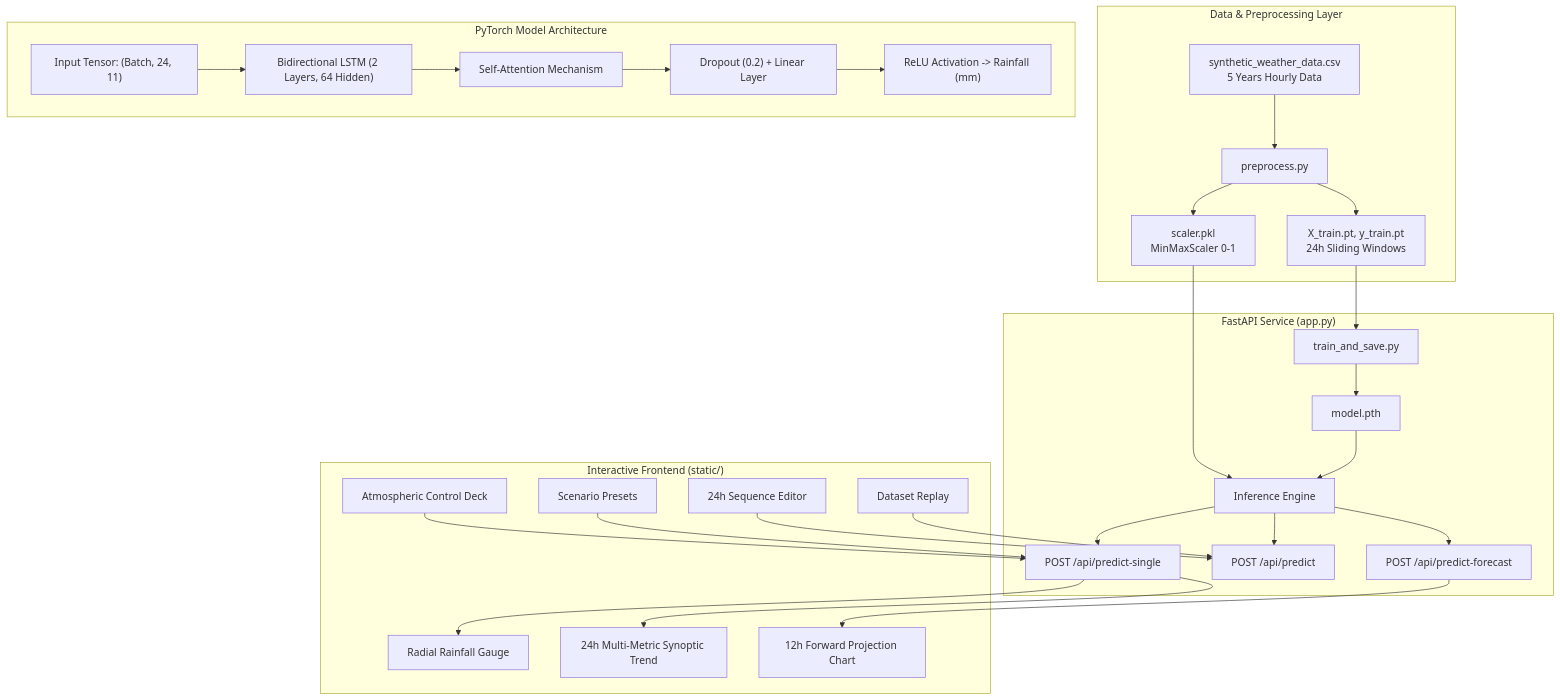
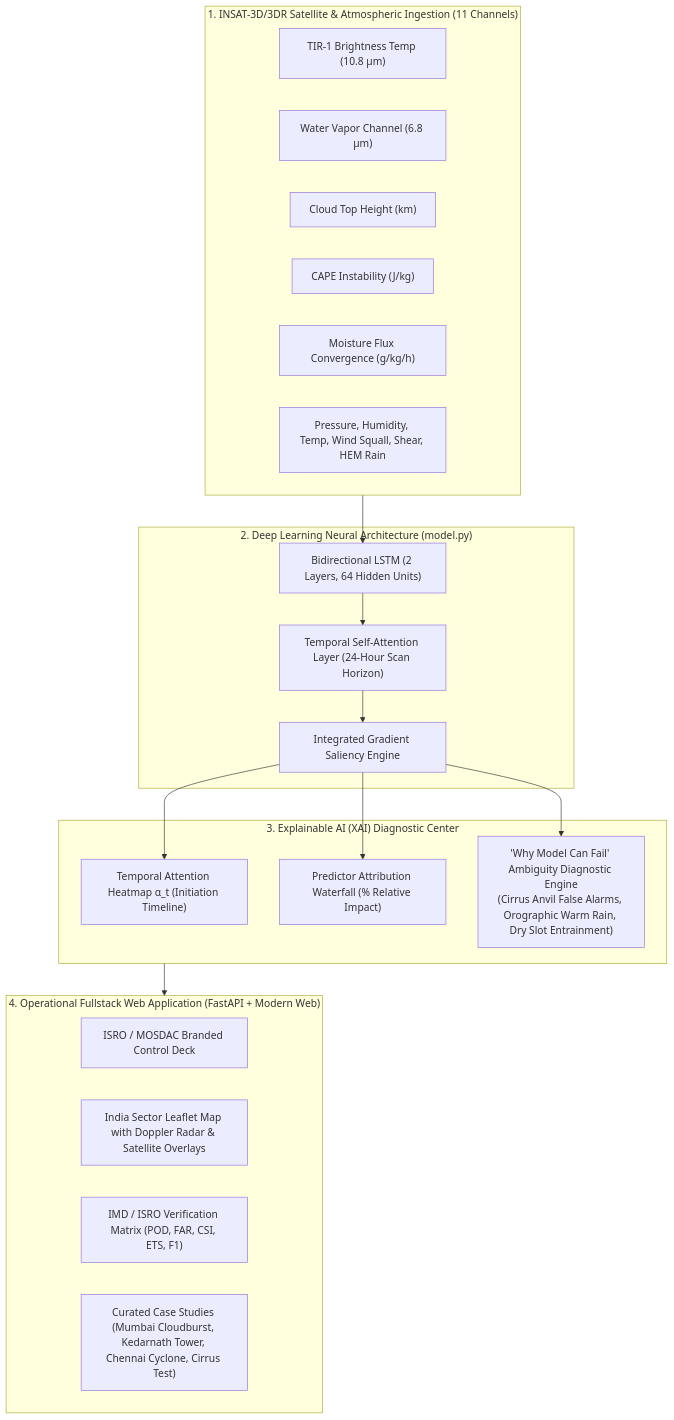
Before and after one commit to arnjos096-cmyk/RainPredictor: the diagram in README.md, drawn with Mermaid. The commit also changed other lines of this file and 20 other files, not shown here.

````diff
--- a/README.md
+++ b/README.md
@@ -34,34 +15,38 @@
 ```mermaid
-flowchart TB
-    subgraph DataPipeline ["Data & Preprocessing Layer"]
-        CSV[synthetic_weather_data.csv\n5 Years Hourly Data] --> Prep[preprocess.py]
-        Prep --> Scaler[scaler.pkl\nMinMaxScaler 0-1]
-        Prep --> Tensors[X_train.pt, y_train.pt\n24h Sliding Windows]
+flowchart TD
+    subgraph InputDeck ["1. INSAT-3D/3DR Satellite & Atmospheric Ingestion (11 Channels)"]
+        TIR["TIR-1 Brightness Temp (10.8 µm)"]
+        WV["Water Vapor Channel (6.8 µm)"]
+        CTH["Cloud Top Height (km)"]
+        CAPE["CAPE Instability (J/kg)"]
+        MC["Moisture Flux Convergence (g/kg/h)"]
+        OTH["Pressure, Humidity, Temp, Wind Squall, Shear, HEM Rain"]
     end
 
-    subgraph NeuralCore ["PyTorch Model Architecture"]
-        Input["Input Tensor: (Batch, 24, 11)"] --> BiLSTM["Bidirectional LSTM (2 Layers, 64 Hidden)"]
-        BiLSTM --> Attention["Self-Attention Mechanism"]
-        Attention --> Dropout["Dropout (0.2) + Linear Layer"]
-        Dropout --> OutputHead["ReLU Activation -> Rainfall (mm)"]
+    subgraph CoreModel ["2. Deep Learning Neural Architecture (model.py)"]
+        BiLSTM["Bidirectional LSTM (2 Layers, 64 Hidden Units)"]
+        Attn["Temporal Self-Attention Layer (24-Hour Scan Horizon)"]
+        Grad["Integrated Gradient Saliency Engine"]
+        BiLSTM --> Attn
+        Attn --> Grad
     end
 
-    subgraph Backend ["FastAPI Service (app.py)"]
-        Tensors --> Train[train_and_save.py] --> Weights[model.pth]
-        Weights --> Engine[Inference Engine]
-        Scaler --> Engine
-        Engine --> API_Single["POST /api/predict-single"]
-        Engine --> API_Seq["POST /api/predict"]
-        Engine --> API_Forecast["POST /api/predict-forecast"]
+    subgraph XAIEngine ["3. Explainable AI (XAI) Diagnostic Center"]
+        TAttn["Temporal Attention Heatmap α_t (Initiation Timeline)"]
+        FA["Predictor Attribution Waterfall (% Relative Impact)"]
+        FailDiag["'Why Model Can Fail' Ambiguity Diagnostic Engine\n(Cirrus Anvil False Alarms, Orographic Warm Rain, Dry Slot Entrainment)"]
     end
 
-    subgraph UI ["Interactive Frontend (static/)"]
-        Deck[Atmospheric Control Deck] --> API_Single
-        Scenarios[Scenario Presets] --> API_Single
-        Matrix[24h Sequence Editor] --> API_Seq
-        Scrubber[Dataset Replay] --> API_Seq
-        API_Single --> Gauge[Radial Rainfall Gauge]
-        API_Forecast --> ForecastChart[12h Forward Projection Chart]
-        API_Single --> TimelineChart[24h Multi-Metric Synoptic Trend]
+    subgraph WebApp ["4. Operational Fullstack Web Application (FastAPI + Modern Web)"]
+        Dashboard["ISRO / MOSDAC Branded Control Deck"]
+        Map["India Sector Leaflet Map with Doppler Radar & Satellite Overlays"]
+        Metrics["IMD / ISRO Verification Matrix (POD, FAR, CSI, ETS, F1)"]
+        Scenarios["Curated Case Studies (Mumbai Cloudburst, Kedarnath Tower, Chennai Cyclone, Cirrus Test)"]
     end
+
+    InputDeck --> BiLSTM
+    Grad --> TAttn
+    Grad --> FA
+    Grad --> FailDiag
+    XAIEngine --> WebApp
 ```
````
